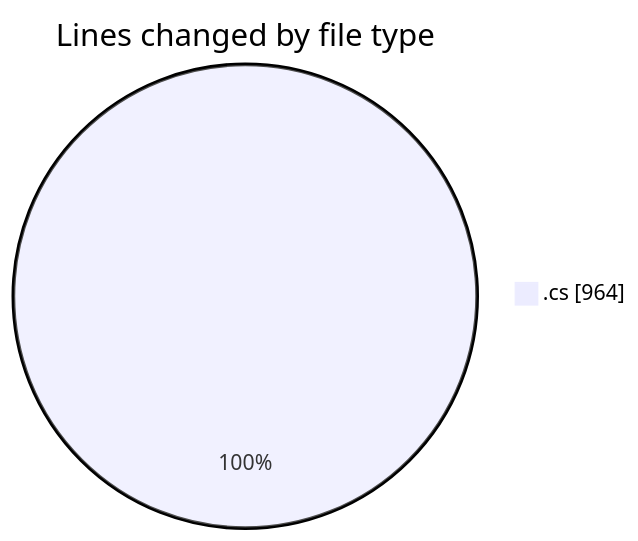
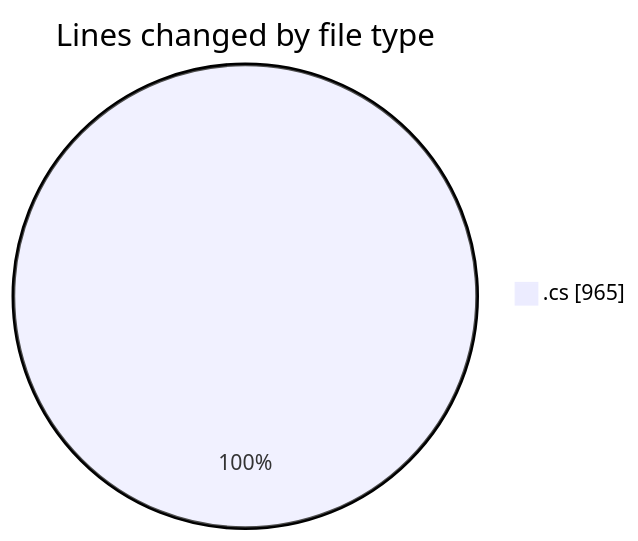
Before and after one commit to Netris89/code-tracking: the first of 2 diagrams in 2025-03-21/back-end/README.md, drawn with Mermaid. The commit also changed other lines of this file and 1 other file, not shown here.

````diff
--- a/2025-03-21/back-end/README.md
+++ b/2025-03-21/back-end/README.md
@@ -25,5 +25,5 @@
 ```mermaid
 pie showData
 title Lines changed by file type
-".cs" : 964
+".cs" : 965
 ```
````
